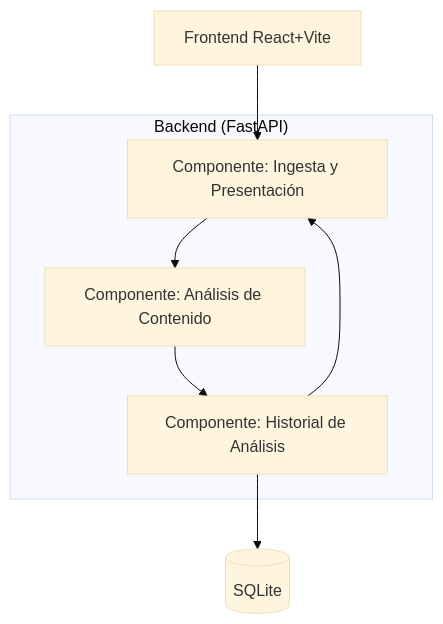
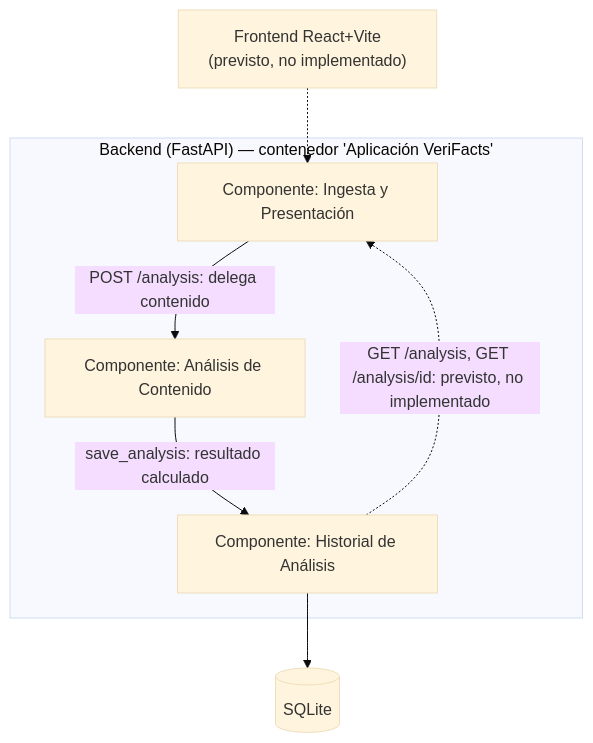
One commit to ISCOUTB/AS_202620_Verifacts changed the diagram in docs/c4/03-componentes.md. Above: the diagram before and after it, drawn with Mermaid (base theme). The commit also changed other lines of this file, not shown here.

````diff
--- a/docs/c4/03-componentes.md
+++ b/docs/c4/03-componentes.md
@@ -4,15 +24,15 @@
 ```mermaid
 graph TB
-    subgraph Backend["Backend (FastAPI)"]
+    subgraph Backend["Backend (FastAPI) — contenedor 'Aplicación VeriFacts'"]
         Ingesta[Componente: Ingesta y Presentación]
         Analisis[Componente: Análisis de Contenido]
         Historial[Componente: Historial de Análisis]
 
-        Ingesta --> Analisis
-        Analisis --> Historial
-        Historial --> Ingesta
+        Ingesta -->|POST /analysis: delega contenido| Analisis
+        Analisis -->|save_analysis: resultado calculado| Historial
+        Historial -.->|GET /analysis, GET /analysis/id: previsto, no implementado| Ingesta
     end
 
-    Frontend[Frontend React+Vite] --> Ingesta
+    Frontend["Frontend React+Vite<br/>(previsto, no implementado)"] -.-> Ingesta
     Historial --> DB[(SQLite)]
 ```
````
